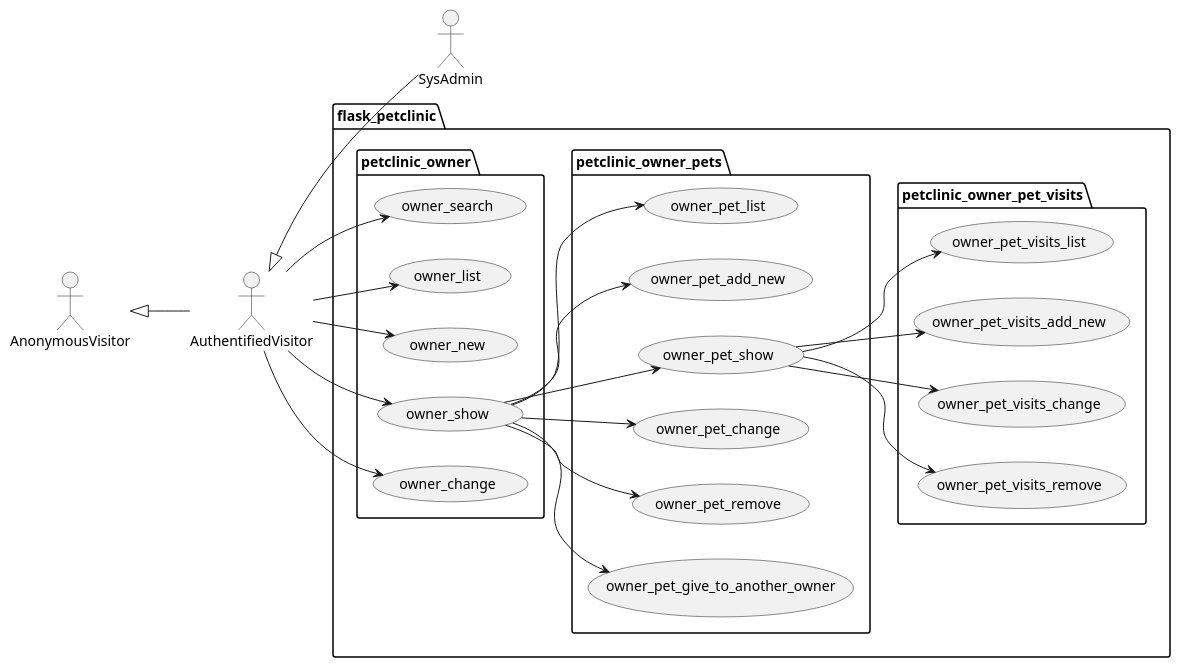
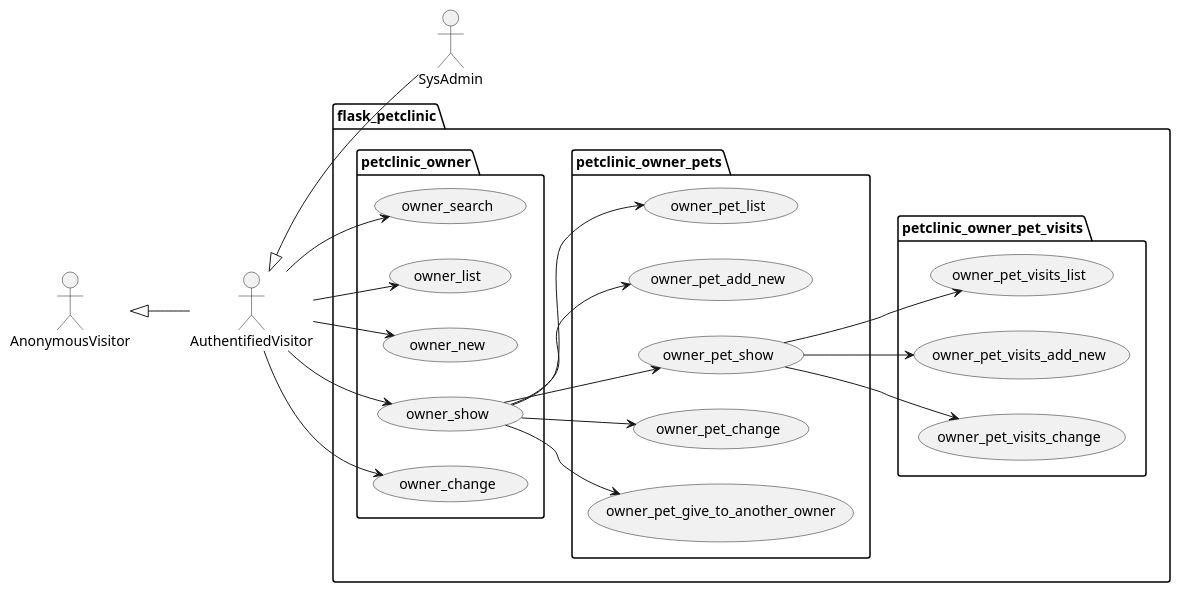
One commit to Jakarta-EE-Petclinic/petclinic_flask changed the diagram in project/petclinic_model/owner.puml. Above: the diagram before and after it, drawn with PlantUML. The commit also changed 8 other files, not shown here.

```diff
--- a/project/petclinic_model/owner.puml
+++ b/project/petclinic_model/owner.puml
@@ -1,60 +1,56 @@
 @startuml
 left to right direction
 
 actor AnonymousVisitor as av
 actor AuthentifiedVisitor as au
 actor SysAdmin as sa
 
 av <|-- au
 au <|-- sa
 
 package flask_petclinic {
 
     package petclinic_owner {
 
-        usecase owner_search as uc6000
-        usecase owner_list as uc6001
-        usecase owner_new as uc6002
-        usecase owner_show as uc6003
-        usecase owner_change as uc6004
+        usecase owner_search as uc7000
+        usecase owner_list as uc7001
+        usecase owner_new as uc7002
+        usecase owner_show as uc7003
+        usecase owner_change as uc7004
 
-        au --> uc6000
-        au --> uc6001
-        au --> uc6002
-        au --> uc6003
-        au --> uc6004
+        au --> uc7000
+        au --> uc7001
+        au --> uc7002
+        au --> uc7003
+        au --> uc7004
 
     }
 
     package petclinic_owner_pets {
 
-        usecase owner_pet_list as uc5010
-        usecase owner_pet_add_new as uc5011
-        usecase owner_pet_show as uc5012
-        usecase owner_pet_change as uc5013
-        usecase owner_pet_remove as uc5014
-        usecase owner_pet_give_to_another_owner as uc5015
+        usecase owner_pet_list as uc7100
+        usecase owner_pet_add_new as uc7101
+        usecase owner_pet_show as uc7102
+        usecase owner_pet_change as uc7103
+        usecase owner_pet_give_to_another_owner as uc7104
 
-        uc6003 --> uc5010
-        uc6003 --> uc5011
-        uc6003 --> uc5012
-        uc6003 --> uc5013
-        uc6003 --> uc5014
-        uc6003 --> uc5015
+        uc7003 --> uc7100
+        uc7003 --> uc7101
+        uc7003 --> uc7102
+        uc7003 --> uc7103
+        uc7003 --> uc7104
     }
 
     package petclinic_owner_pet_visits {
 
-        usecase owner_pet_visits_list as uc7010
-        usecase owner_pet_visits_add_new as uc7011
-        usecase owner_pet_visits_change as uc7012
-        usecase owner_pet_visits_remove as uc7013
+        usecase owner_pet_visits_list as uc7200
+        usecase owner_pet_visits_add_new as uc7201
+        usecase owner_pet_visits_change as uc7202
 
-        uc5012 --> uc7010
-        uc5012 --> uc7011
-        uc5012 --> uc7012
-        uc5012 --> uc7013
+        uc7102 --> uc7200
+        uc7102 --> uc7201
+        uc7102 --> uc7202
     }
 
 }
 @enduml
```
